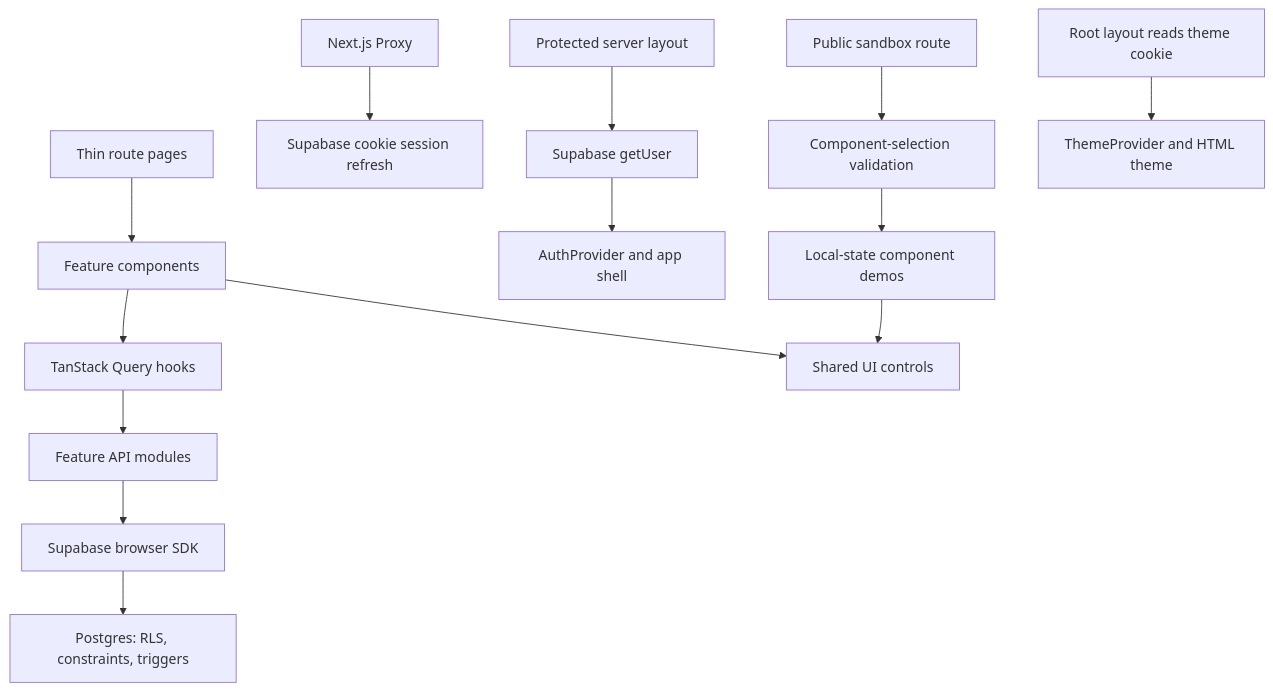
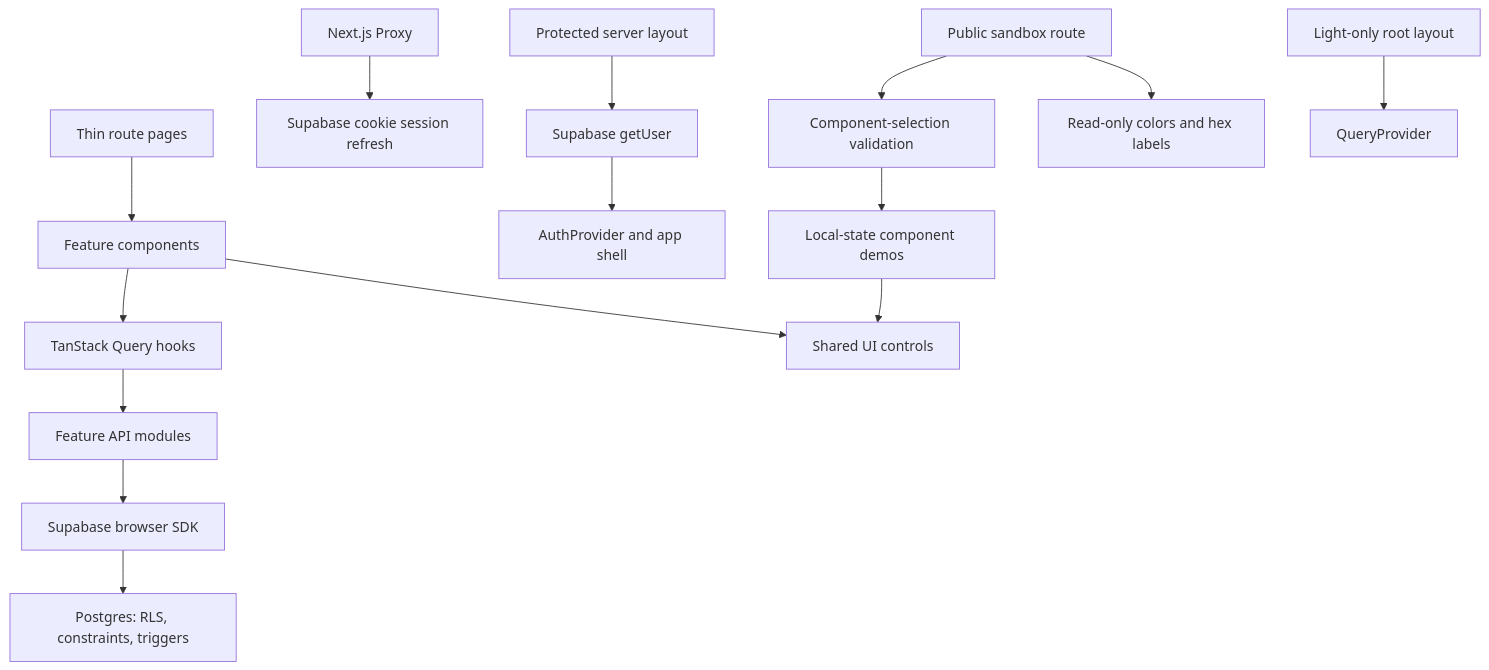
Before and after one commit to farrasnazhif/selaras: the diagram in AGENTS.md, drawn with Mermaid. The commit also changed other lines of this file and 48 other files, not shown here.

````diff
--- a/AGENTS.md
+++ b/AGENTS.md
@@ -175,19 +178,20 @@
 ```mermaid
 flowchart TD
   Routes["Thin route pages"] --> Features["Feature components"]
   Features --> Hooks["TanStack Query hooks"]
   Hooks --> API["Feature API modules"]
   API --> Browser["Supabase browser SDK"]
   Browser --> DB["Postgres: RLS, constraints, triggers"]
 
   Proxy["Next.js Proxy"] --> Session["Supabase cookie session refresh"]
   Protected["Protected server layout"] --> Identity["Supabase getUser"]
   Identity --> Shell["AuthProvider and app shell"]
 
   SandboxRoute["Public sandbox route"] --> Validate["Component-selection validation"]
   Validate --> Demos["Local-state component demos"]
   Demos --> UI["Shared UI controls"]
   Features --> UI
 
-  Root["Root layout reads theme cookie"] --> Theme["ThemeProvider and HTML theme"]
+  Root["Light-only root layout"] --> Query["QueryProvider"]
+  SandboxRoute --> Palette["Read-only colors and hex labels"]
 ```
````
